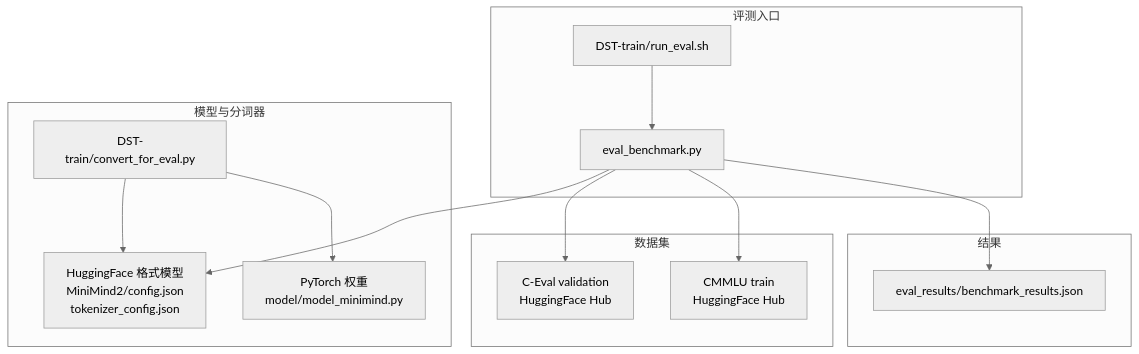
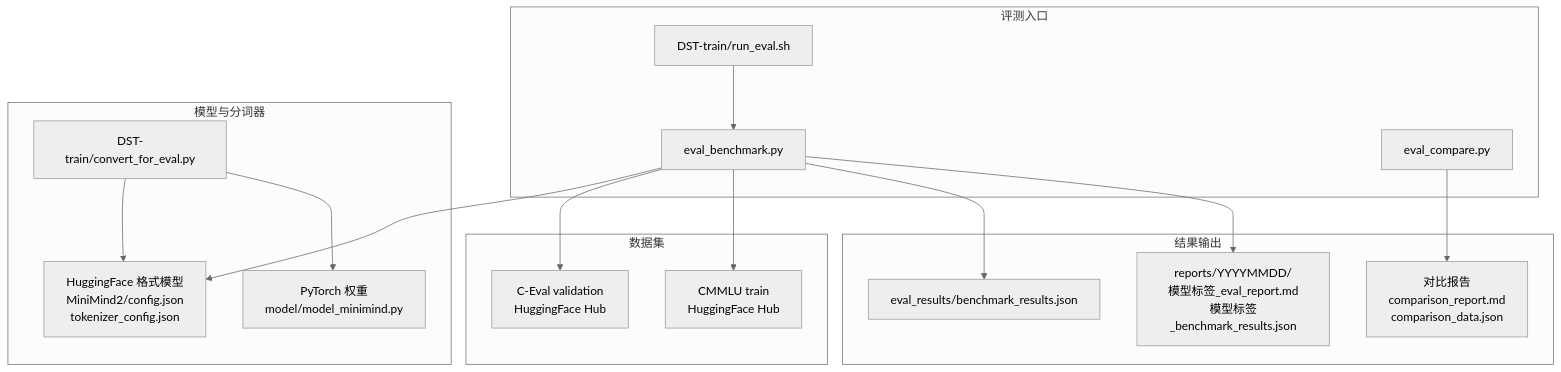
One commit to shiyukonghui/minimind changed the first of 9 diagrams in .qoder/repowiki/zh/content/实验与评估/基准测试.md. Above: the diagram before and after it, drawn with Mermaid (neutral theme). The commit also changed other lines of this file and 5 other files, not shown here.

````diff
--- a/.qoder/repowiki/zh/content/实验与评估/基准测试.md
+++ b/.qoder/repowiki/zh/content/实验与评估/基准测试.md
@@ -35,26 +38,31 @@
 ```mermaid
 graph TB
 subgraph "评测入口"
 E["eval_benchmark.py"]
 R["DST-train/run_eval.sh"]
+C["eval_compare.py"]
 end
 subgraph "模型与分词器"
 HF["HuggingFace 格式模型<br/>MiniMind2/config.json<br/>tokenizer_config.json"]
 PT["PyTorch 权重<br/>model/model_minimind.py"]
 CT["DST-train/convert_for_eval.py"]
 end
 subgraph "数据集"
 CEVAL["C-Eval validation<br/>HuggingFace Hub"]
 CMMLU["CMMLU train<br/>HuggingFace Hub"]
 end
-subgraph "结果"
+subgraph "结果输出"
 RES["eval_results/benchmark_results.json"]
+REP["reports/YYYYMMDD/<br/>模型标签_eval_report.md<br/>模型标签_benchmark_results.json"]
+CMP["对比报告<br/>comparison_report.md<br/>comparison_data.json"]
 end
 E --> HF
 E --> CEVAL
 E --> CMMLU
 E --> RES
+E --> REP
+C --> CMP
 R --> E
 CT --> HF
 CT --> PT
 ```
````
